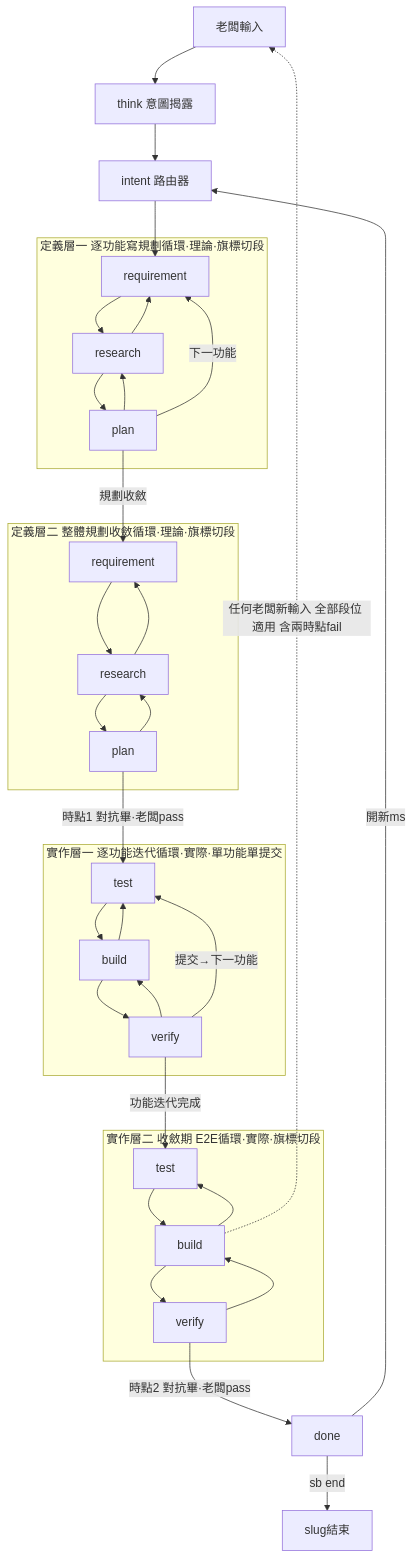
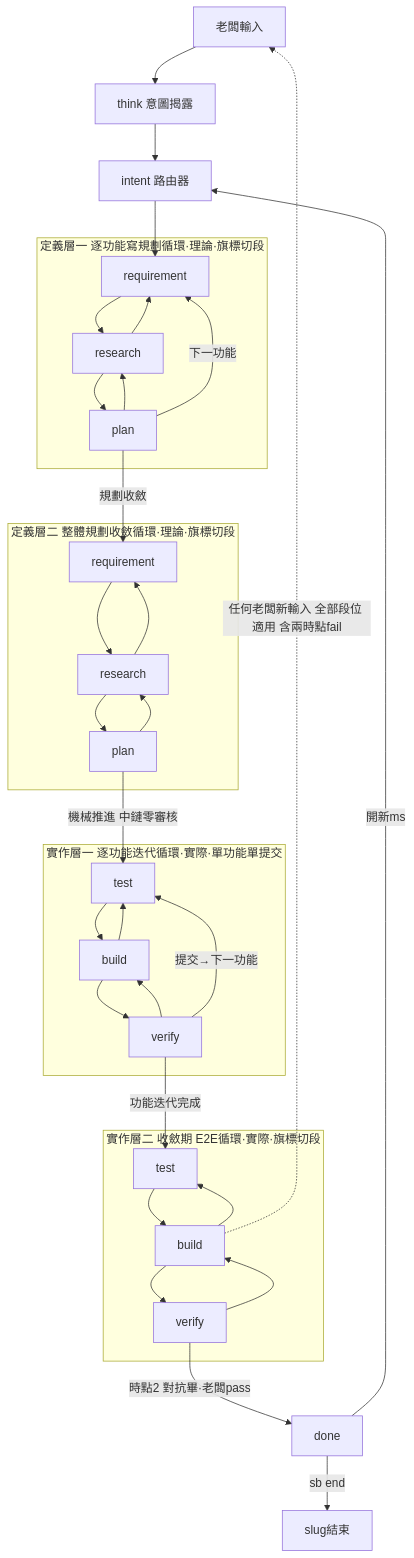
The first of 2 diagrams in README.md (teps3105/shiftblame), drawn with Mermaid before and after one commit. The commit also changed other lines of this file and 31 other files, not shown here.

````diff
--- a/README.md
+++ b/README.md
@@ -106,31 +104,31 @@
 ```mermaid
 flowchart TB
     BOSS[老闆輸入] --> THINK[think 意圖揭露]
     THINK --> INTENT[intent 路由器]
     INTENT --> R
     subgraph DEF1[定義層一 逐功能寫規劃循環·理論·旗標切段]
         R[requirement] --> RS[research] --> P[plan]
         P --> RS --> R
         P -->|下一功能| R
     end
     P -->|規劃收斂| R2
     subgraph DEF2[定義層二 整體規劃收斂循環·理論·旗標切段]
         R2[requirement] --> RS2[research] --> P2[plan]
         P2 --> RS2 --> R2
     end
-    P2 -->|時點1 對抗畢·老闆pass| T
+    P2 -->|機械推進 中鏈零審核| T
     subgraph IMPL1[實作層一 逐功能迭代循環·實際·單功能單提交]
         T[test] --> B[build] --> V[verify]
         V --> B --> T
         V -->|提交→下一功能| T
     end
     V -->|功能迭代完成| T2
     subgraph CONV[實作層二 收斂期 E2E循環·實際·旗標切段]
         T2[test] --> B2[build] --> V2[verify]
         V2 --> B2 --> T2
     end
     V2 -->|時點2 對抗畢·老闆pass| DONE[done]
     DONE -->|開新ms| INTENT
     DONE -->|sb end| FIN[slug結束]
     B2 -.->|任何老闆新輸入 全部段位 適用 含兩時點fail| BOSS
 ```
````
